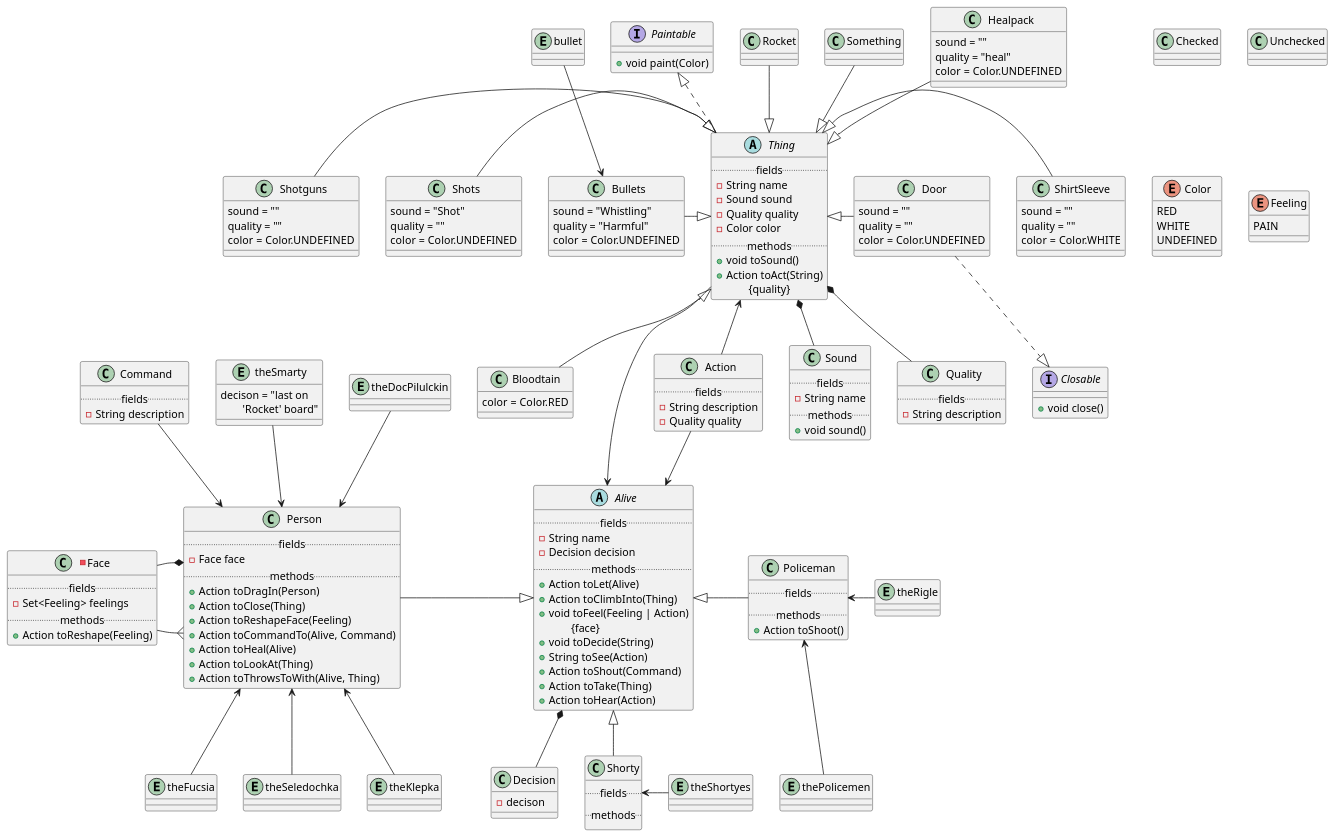
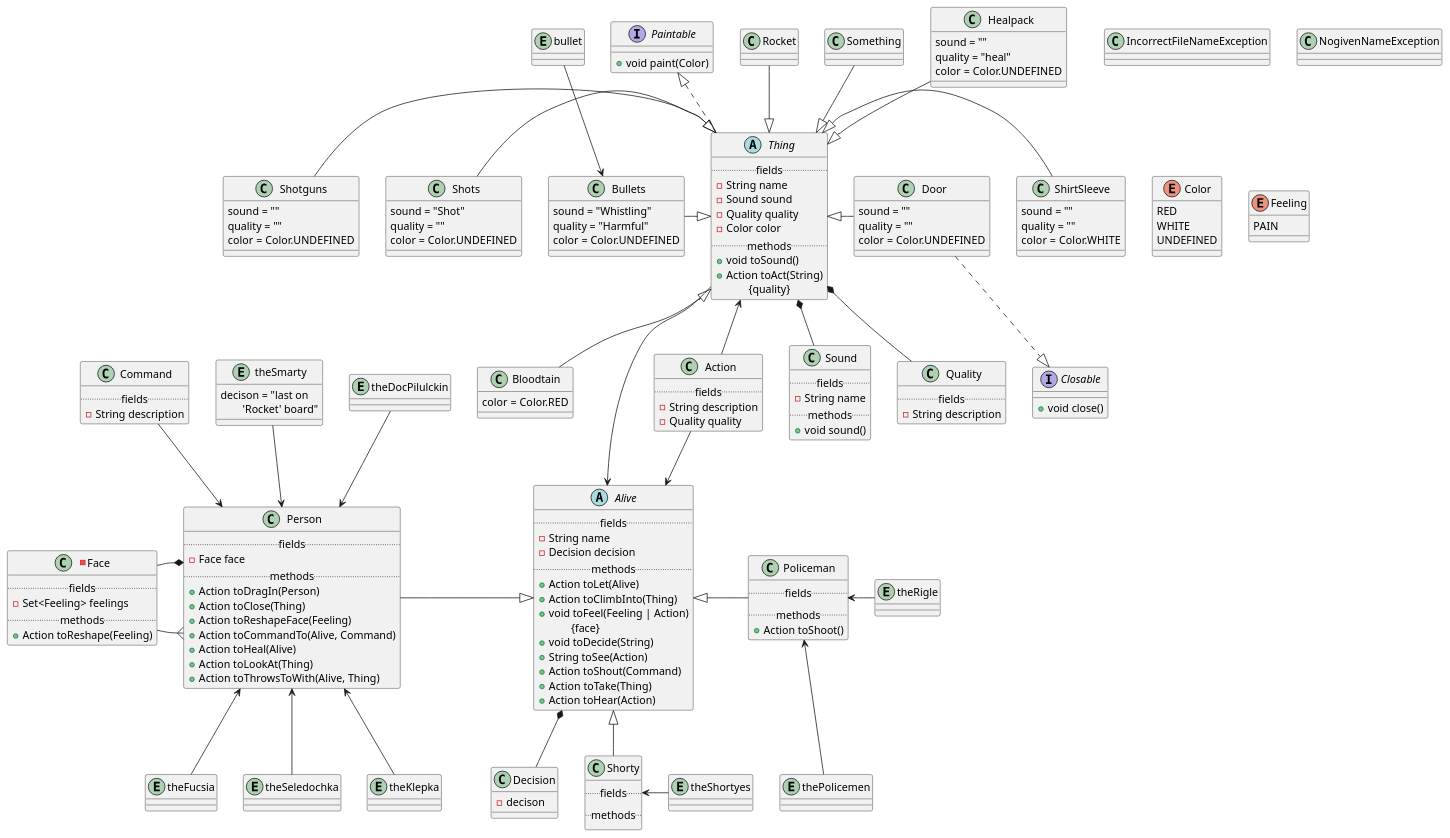
Before and after one commit to e1turin/itmo-programming: the diagram in lab-4/classes.puml, drawn with PlantUML. The commit also changed 12 other files, not shown here.

```diff
--- a/lab-4/classes.puml
+++ b/lab-4/classes.puml
@@ -7,8 +7,8 @@
 ' +	public
 ' ===================
 
-class Checked
-class Unchecked
+class IncorrectFileNameException
+class NogivenNameException
 
 enum Color {
     RED
```
